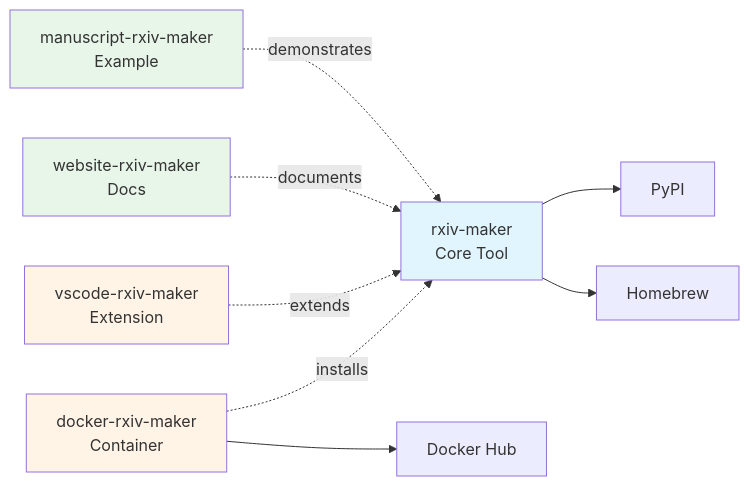
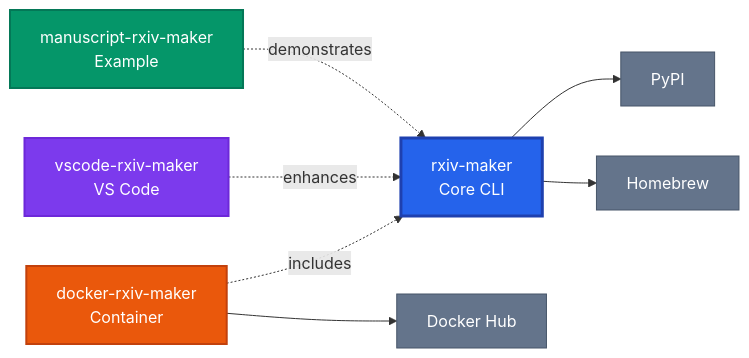
Before and after one commit to HenriquesLab/rxiv-maker: the diagram in README.md, drawn with Mermaid. The commit also changed other lines of this file and 1 other file, not shown here.

````diff
--- a/README.md
+++ b/README.md
@@ -259,16 +210,17 @@
 ```mermaid
 graph LR
-    A[rxiv-maker<br/>Core Tool] --> B[PyPI]
+    A[rxiv-maker<br/>Core CLI] --> B[PyPI]
     A --> C[Homebrew]
     D[docker-rxiv-maker<br/>Container] --> E[Docker Hub]
-    D -.installs.-> A
-    F[vscode-rxiv-maker<br/>Extension] -.extends.-> A
-    G[website-rxiv-maker<br/>Docs] -.documents.-> A
-    H[manuscript-rxiv-maker<br/>Example] -.demonstrates.-> A
+    D -.includes.-> A
+    F[vscode-rxiv-maker<br/>VS Code] -.enhances.-> A
+    G[manuscript-rxiv-maker<br/>Example] -.demonstrates.-> A
 
-    style A fill:#e1f5ff
-    style D fill:#fff4e6
-    style F fill:#fff4e6
-    style G fill:#e8f5e9
-    style H fill:#e8f5e9
+    style A fill:#2563eb,stroke:#1e40af,stroke-width:3px,color:#fff
+    style D fill:#ea580c,stroke:#c2410c,stroke-width:2px,color:#fff
+    style F fill:#7c3aed,stroke:#6d28d9,stroke-width:2px,color:#fff
+    style G fill:#059669,stroke:#047857,stroke-width:2px,color:#fff
+    style B fill:#64748b,stroke:#475569,color:#fff
+    style C fill:#64748b,stroke:#475569,color:#fff
+    style E fill:#64748b,stroke:#475569,color:#fff
 ```
````
